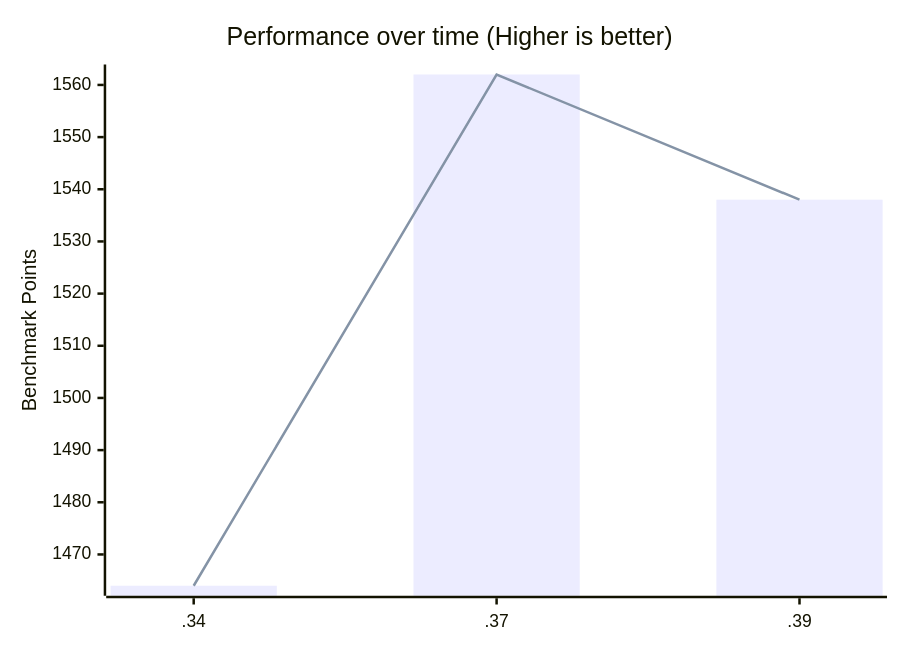
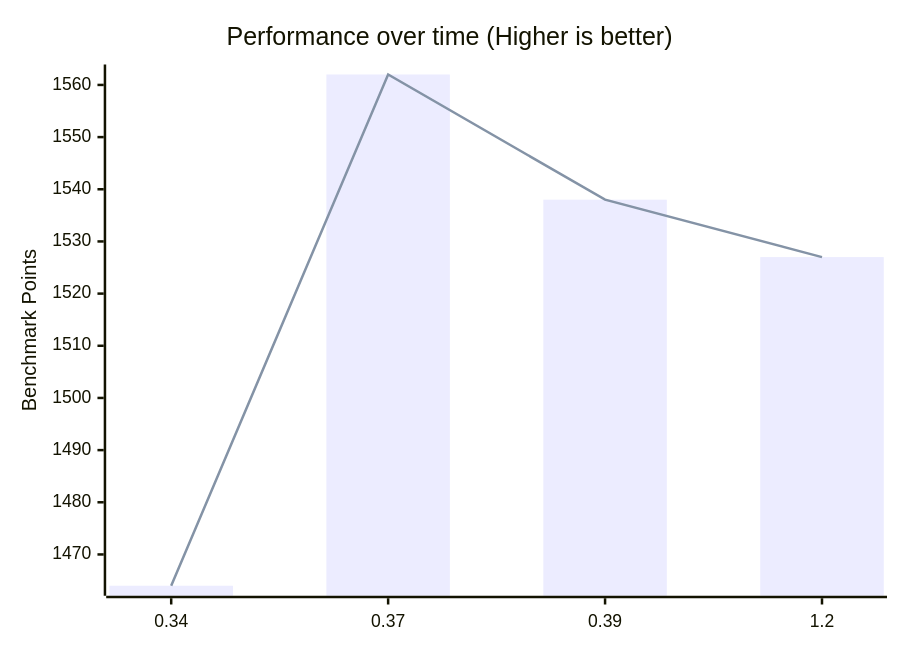
Before and after one commit to zen-browser/docs: the third of 4 diagrams in content/benchmarks.md, drawn with Mermaid. The commit also changed other lines of this file, not shown here.

````diff
--- a/content/benchmarks.md
+++ b/content/benchmarks.md
@@ -73,8 +73,8 @@
 ```mermaid
 xychart-beta
     title "Performance over time (Higher is better)"
-    x-axis [.34,.37,.39]
+    x-axis [0.34,0.37,0.39,1.2]
     y-axis "Benchmark Points"
-    bar [1464,1562,1538]
-    line [1464,1562,1538]
+    bar [1464,1562,1538,1527]
+    line [1464,1562,1538,1527]
 ```
````
